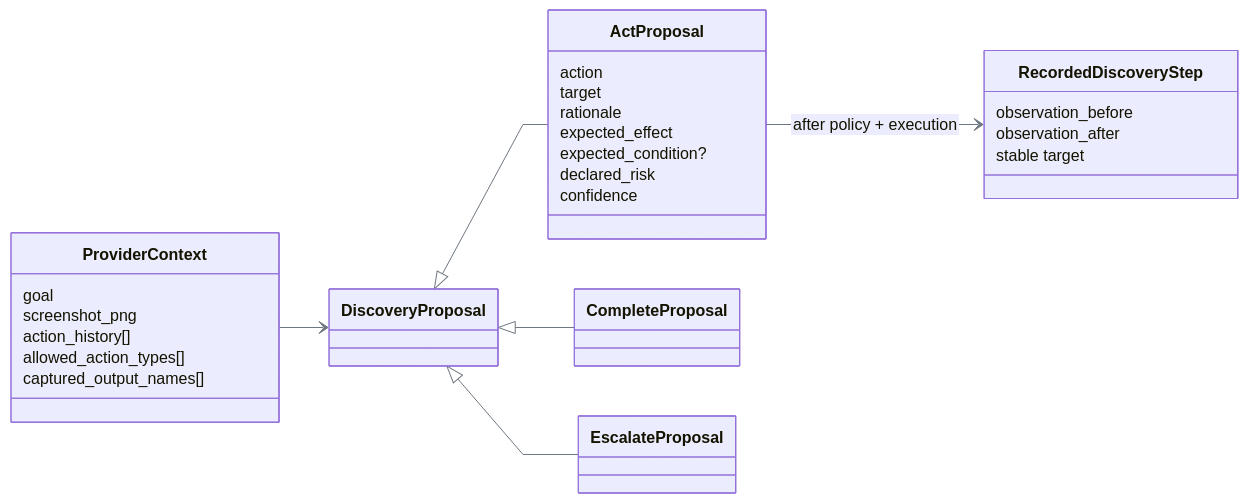
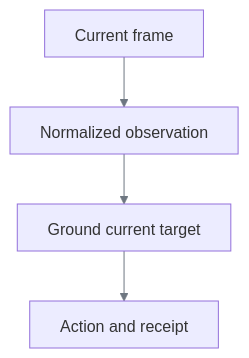
Before and after one commit to SivaTSS/replay-forge: the fourth of 7 diagrams in docs/data-models.md, drawn with Mermaid. The commit also changed other lines of this file and 3 other files, not shown here.

````diff
--- a/docs/data-models.md
+++ b/docs/data-models.md
@@ -116,35 +107,7 @@
 ```mermaid
 %%{init: {"htmlLabels":false,"themeVariables":{"lineColor":"#6E7781","signalColor":"#6E7781"},"flowchart":{"curve":"linear"},"sequence":{"wrap":true}}}%%
-classDiagram
-    direction LR
-    class ProviderContext {
-      goal
-      screenshot_png
-      action_history[]
-      allowed_action_types[]
-      captured_output_names[]
-    }
-    class DiscoveryProposal
-    class ActProposal {
-      action
-      target
-      rationale
-      expected_effect
-      expected_condition?
-      declared_risk
-      confidence
-    }
-    class CompleteProposal
-    class EscalateProposal
-    class RecordedDiscoveryStep {
-      observation_before
-      observation_after
-      stable target
-    }
-    ProviderContext --> DiscoveryProposal
-    DiscoveryProposal <|-- ActProposal
-    DiscoveryProposal <|-- CompleteProposal
-    DiscoveryProposal <|-- EscalateProposal
-    ActProposal --> RecordedDiscoveryStep : after policy + execution
-
+flowchart TB
+    F[Current frame] --> O[Normalized observation]
+    O --> G[Ground current target]
+    G --> A[Action and receipt]
 ```
````
